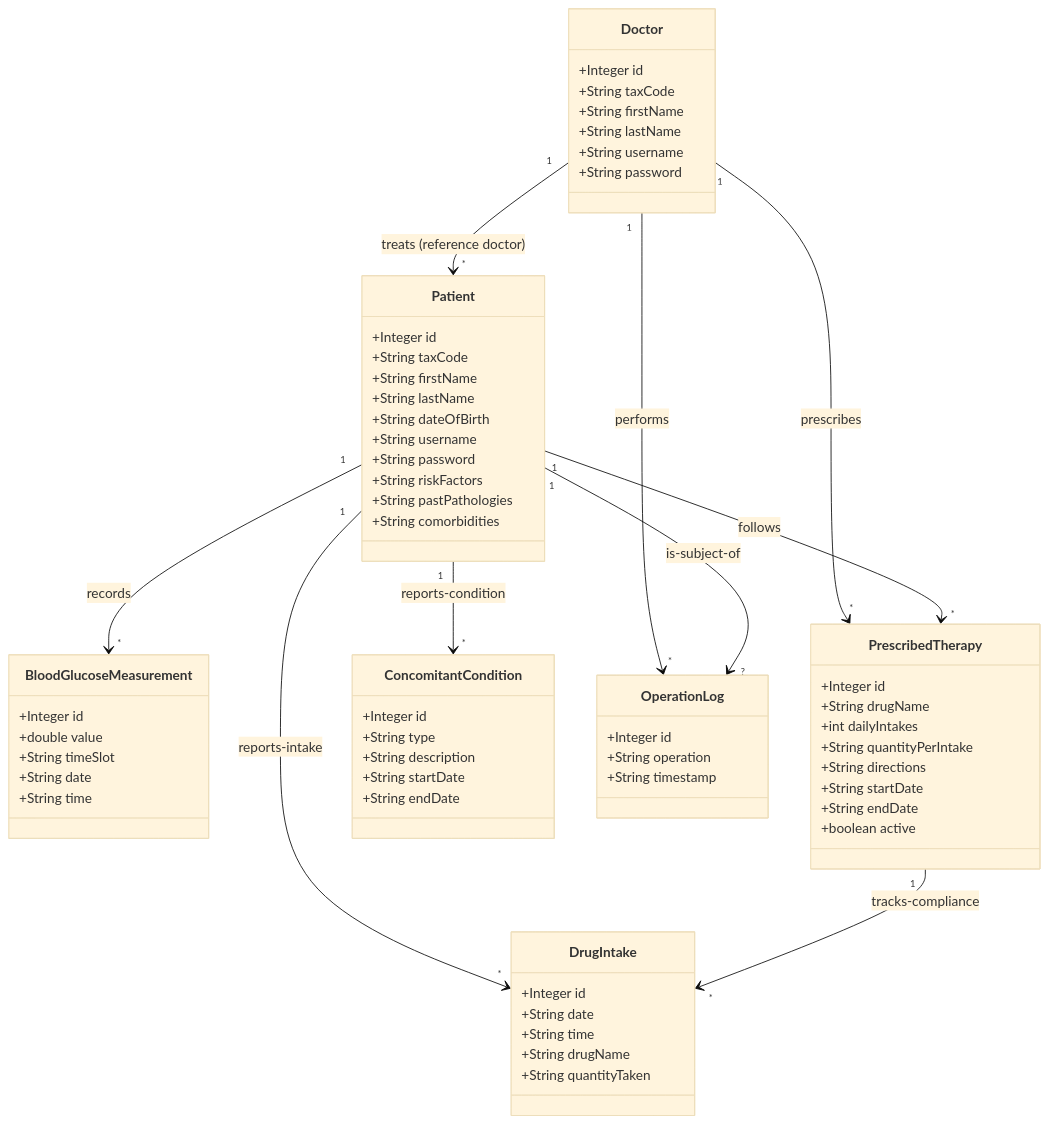
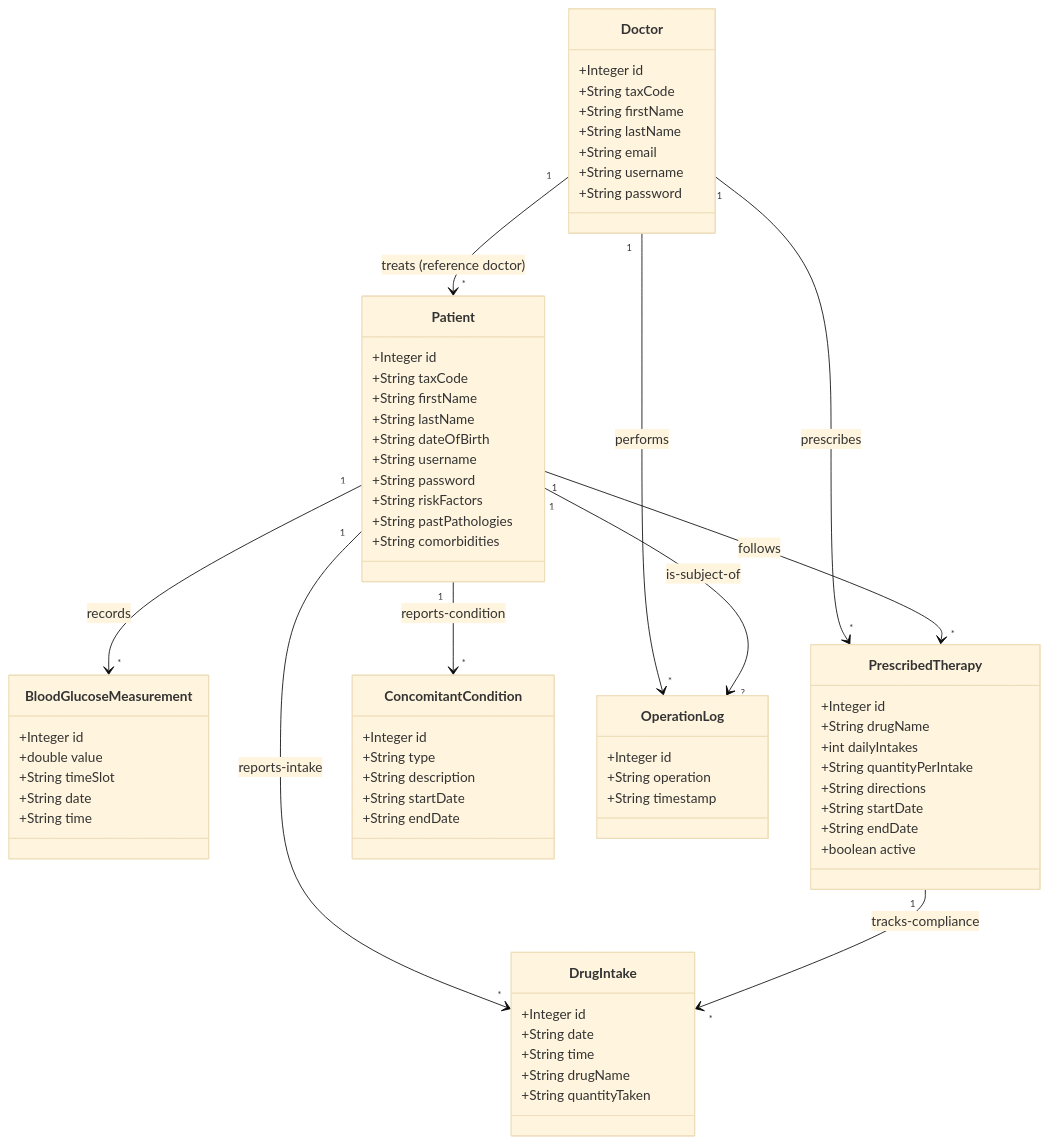
The first of 10 diagrams in documentation.md (SamueleOrazioDurante/telemedicina-ingegneria), drawn with Mermaid (base theme) before and after one commit. The commit also changed other lines of this file, not shown here.

Commit message:
feat: add email field to doctor profile and introduce UC-14 for viewing audit logs

````diff
--- a/documentation.md
+++ b/documentation.md
@@ -11,69 +11,70 @@
 ```mermaid
 classDiagram
     class Doctor {
         +Integer id
         +String taxCode
         +String firstName
         +String lastName
+        +String email
         +String username
         +String password
     }
     class Patient {
         +Integer id
         +String taxCode
         +String firstName
         +String lastName
         +String dateOfBirth
         +String username
         +String password
         +String riskFactors
         +String pastPathologies
         +String comorbidities
     }
     class BloodGlucoseMeasurement {
         +Integer id
         +double value
         +String timeSlot
         +String date
         +String time
     }
     class PrescribedTherapy {
         +Integer id
         +String drugName
         +int dailyIntakes
         +String quantityPerIntake
         +String directions
         +String startDate
         +String endDate
         +boolean active
     }
     class DrugIntake {
         +Integer id
         +String date
         +String time
         +String drugName
         +String quantityTaken
     }
     class ConcomitantCondition {
         +Integer id
         +String type
         +String description
         +String startDate
         +String endDate
     }
     class OperationLog {
         +Integer id
         +String operation
         +String timestamp
     }
 
     Doctor "1" --> "*" Patient : treats (reference doctor)
     Doctor "1" --> "*" PrescribedTherapy : prescribes
     Doctor "1" --> "*" OperationLog : performs
     Patient "1" --> "*" BloodGlucoseMeasurement : records
     Patient "1" --> "*" PrescribedTherapy : follows
     Patient "1" --> "*" DrugIntake : reports-intake
     Patient "1" --> "*" ConcomitantCondition : reports-condition
     Patient "1" --> "?" OperationLog : is-subject-of
     PrescribedTherapy "1" --> "*" DrugIntake : tracks-compliance
 ```
````
